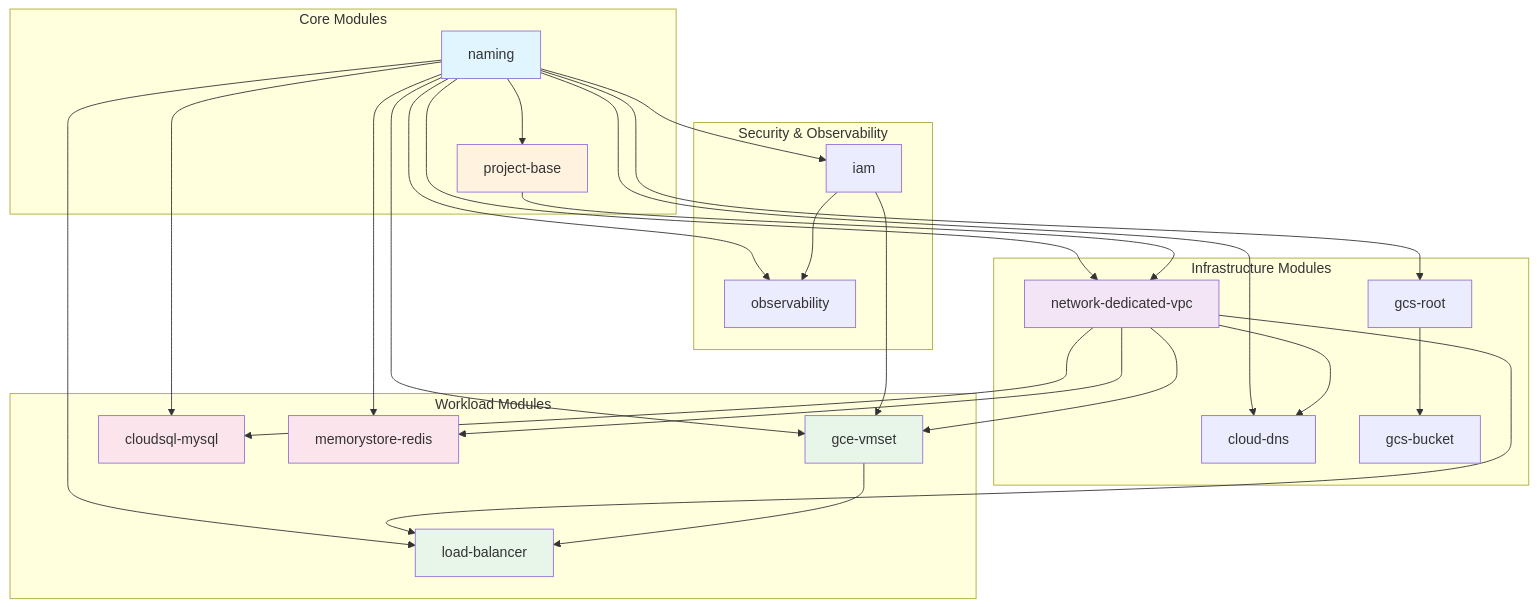
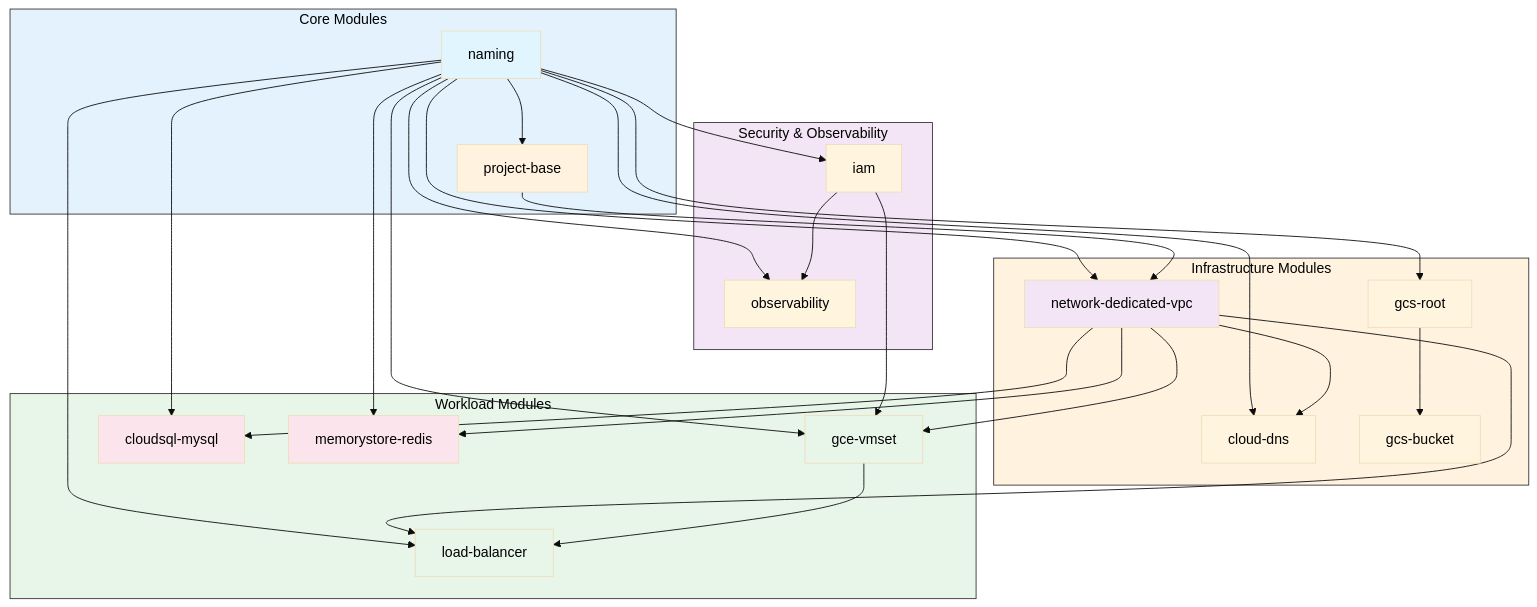
One commit to JSJ2337/GCP_terraform_code changed the second of 4 diagrams in terraform_gcp_infra/docs/architecture/overview.md. Above: the diagram before and after it, drawn with Mermaid. The commit also changed other lines of this file and 5 other files, not shown here.

First line of the commit message:
style: Mermaid 다이어그램 제목 가독성 개선

````diff
--- a/terraform_gcp_infra/docs/architecture/overview.md
+++ b/terraform_gcp_infra/docs/architecture/overview.md
@@ -58,63 +59,68 @@
 ```mermaid
+%%{init: {'theme': 'base', 'themeVariables': { 'primaryTextColor': '#000000', 'clusterBkg': '#ffffff', 'clusterBorder': '#333333' }}}%%
 graph TB
-    subgraph "Core Modules"
+    subgraph Core["Core Modules"]
         NAMING[naming]
         PROJECT[project-base]
     end
 
-    subgraph "Infrastructure Modules"
+    subgraph Infra["Infrastructure Modules"]
         NETWORK[network-dedicated-vpc]
         DNS[cloud-dns]
         STORAGE[gcs-root]
         BUCKET[gcs-bucket]
     end
 
-    subgraph "Security & Observability"
+    subgraph Security["Security & Observability"]
         IAM[iam]
         OBS[observability]
     end
 
-    subgraph "Workload Modules"
+    subgraph Workload["Workload Modules"]
         VM[gce-vmset]
         SQL[cloudsql-mysql]
         REDIS[memorystore-redis]
         LB[load-balancer]
     end
 
     %% Core dependencies
     NAMING --> PROJECT
     NAMING --> NETWORK
     NAMING --> DNS
     NAMING --> STORAGE
     NAMING --> IAM
     NAMING --> OBS
     NAMING --> VM
     NAMING --> SQL
     NAMING --> REDIS
     NAMING --> LB
 
     %% Infrastructure dependencies
     PROJECT --> NETWORK
     NETWORK --> DNS
     NETWORK --> VM
     NETWORK --> SQL
     NETWORK --> REDIS
     NETWORK --> LB
 
     STORAGE --> BUCKET
 
     %% Security dependencies
     IAM --> VM
     IAM --> OBS
 
     %% Workload dependencies
     VM --> LB
 
+    style Core fill:#e3f2fd,color:#000000
+    style Infra fill:#fff3e0,color:#000000
+    style Security fill:#f3e5f5,color:#000000
+    style Workload fill:#e8f5e9,color:#000000
     style NAMING fill:#e1f5fe
     style PROJECT fill:#fff3e0
     style NETWORK fill:#f3e5f5
     style VM fill:#e8f5e9
     style SQL fill:#fce4ec
     style REDIS fill:#fce4ec
     style LB fill:#e8f5e9
 ```
````
